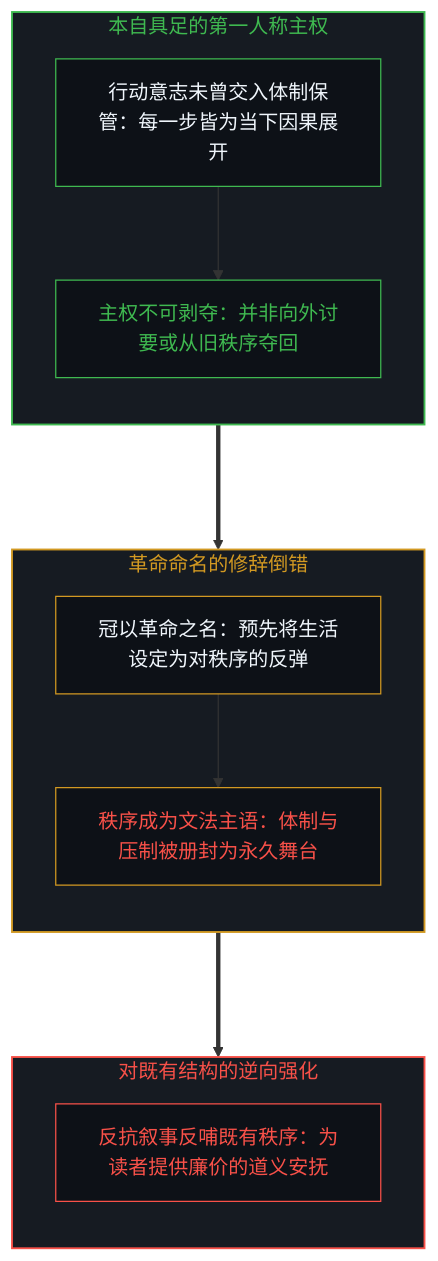
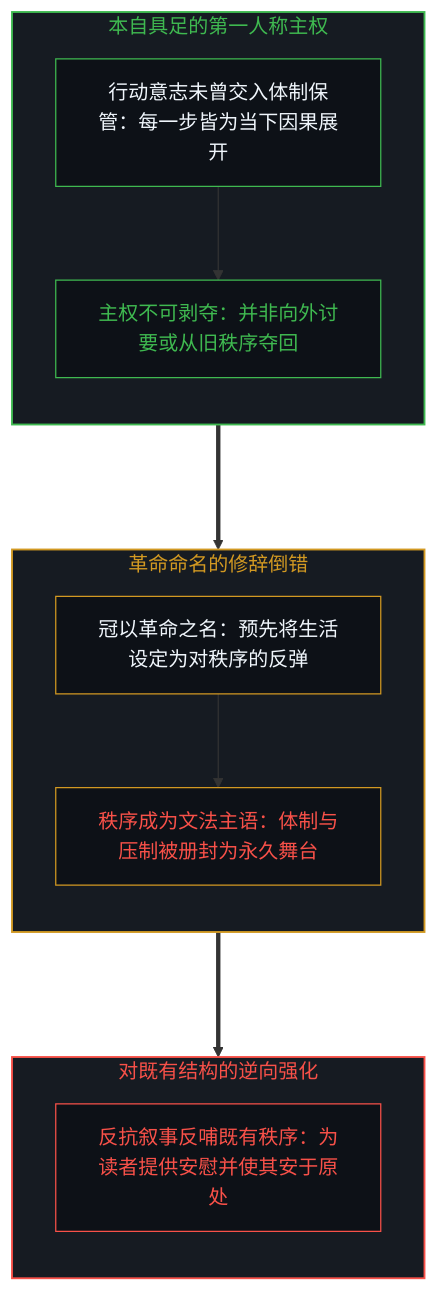
One commit to powerpig99/not-a-toe changed the third of 8 diagrams in content/posts/the-name-revolution-files-a-life-as-evidence.md. Above: the diagram before and after it, drawn with Mermaid. The commit also changed other lines of this file and 3 other files, not shown here.

````diff
--- a/content/posts/the-name-revolution-files-a-life-as-evidence.md
+++ b/content/posts/the-name-revolution-files-a-life-as-evidence.md
@@ -89,29 +89,29 @@
 ```mermaid
 graph TD
     subgraph S_TrueSovereignty ["本自具足的第一人称主权"]
         direction TB
         D1["行动意志未曾交入体制保管：每一步皆为当下因果展开"] --> D2["主权不可剥夺：并非向外讨要或从旧秩序夺回"]
     end
 
     subgraph S_RevolutionFraming ["革命命名的修辞倒错"]
         direction TB
         E1["冠以革命之名：预先将生活设定为对秩序的反弹"] --> E2["秩序成为文法主语：体制与压制被册封为永久舞台"]
     end
 
     subgraph S_ReificationEffect ["对既有结构的逆向强化"]
         direction TB
-        F1["反抗叙事反哺既有秩序：为读者提供廉价的道义安抚"]
+        F1["反抗叙事反哺既有秩序：为读者提供安慰并使其安于原处"]
     end
 
     D2 ===> E1
     E2 ===> F1
 
     style S_TrueSovereignty fill:#161b22,stroke:#3fb950,stroke-width:1.5px,color:#3fb950
     style S_RevolutionFraming fill:#161b22,stroke:#d29922,stroke-width:1.5px,color:#d29922
     style S_ReificationEffect fill:#161b22,stroke:#f85149,stroke-width:1.5px,color:#f85149
     style D1 fill:#0d1117,stroke:#3fb950,stroke-width:1px,color:#f0f6fc
     style D2 fill:#0d1117,stroke:#3fb950,stroke-width:1px,color:#3fb950
     style E1 fill:#0d1117,stroke:#d29922,stroke-width:1px,color:#f0f6fc
     style E2 fill:#0d1117,stroke:#d29922,stroke-width:1px,color:#f85149
     style F1 fill:#0d1117,stroke:#f85149,stroke-width:1px,color:#f85149
 ```
````
